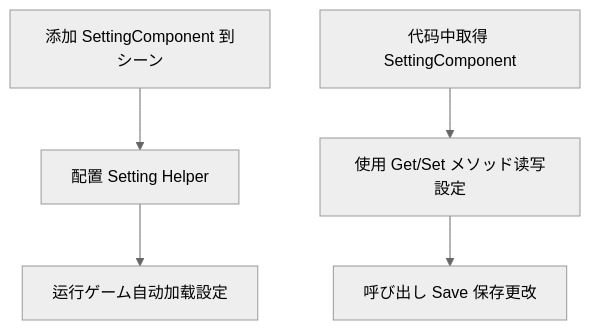
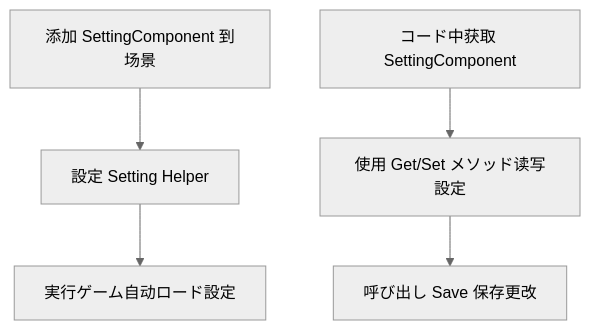
One commit to AlianBlank/GameFrameX.Docs changed the first of 2 diagrams in docs/ja/client/unity/component/setting/03.getting-started.md. Above: the diagram before and after it, drawn with Mermaid (neutral theme). The commit also changed other lines of this file and 320 other files, not shown here.

````diff
--- a/docs/ja/client/unity/component/setting/03.getting-started.md
+++ b/docs/ja/client/unity/component/setting/03.getting-started.md
@@ -13,7 +13,7 @@
 ```mermaid
 flowchart TD
-    A[添加 SettingComponent 到シーン] --> B[配置 Setting Helper]
-    B --> C[运行ゲーム自动加载設定]
-    D[代码中取得 SettingComponent] --> E[使用 Get/Set メソッド读写設定]
+    A[添加 SettingComponent 到场景] --> B[設定 Setting Helper]
+    B --> C[実行ゲーム自动ロード設定]
+    D[コード中获取 SettingComponent] --> E[使用 Get/Set メソッド读写設定]
     E --> F[呼び出し Save 保存更改]
 ```
````
